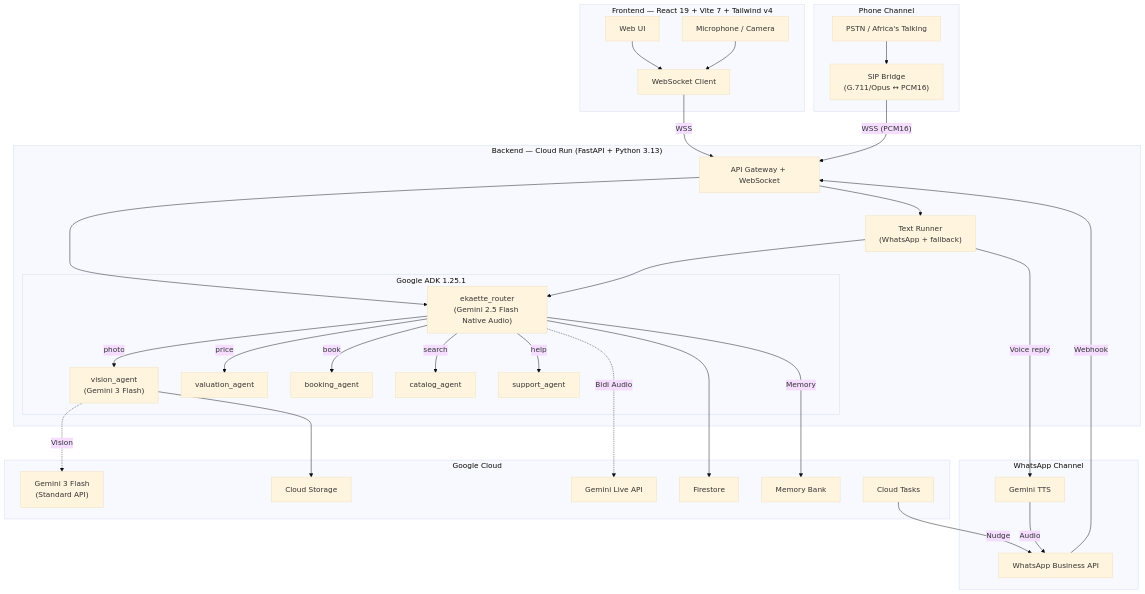
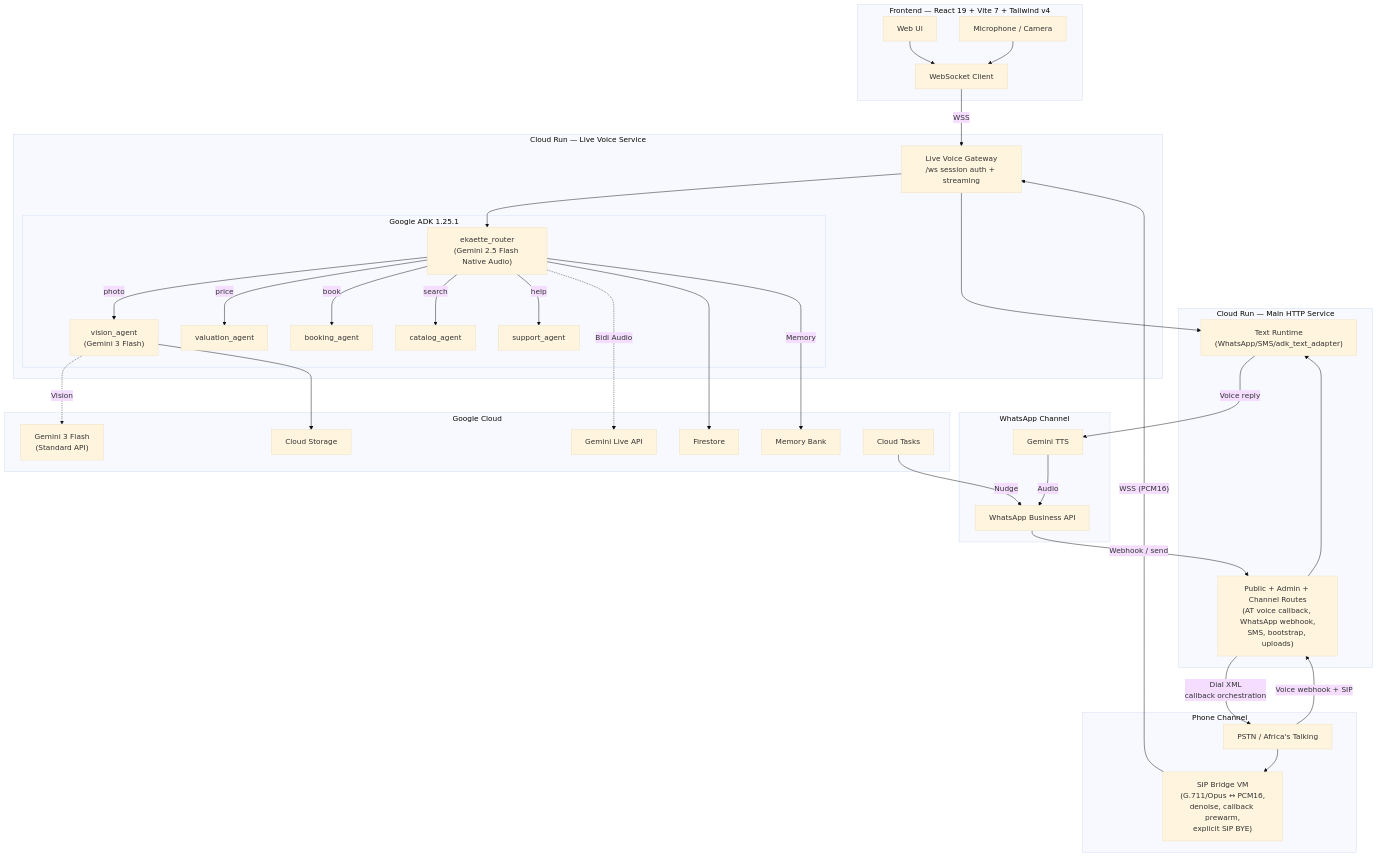
The diagram in docs/architecture/readme-architecture.mmd (ogabasseyy/ekaette), drawn with Mermaid (base theme) before and after one commit. The commit also changed 12 other files, not shown here.

Commit message:
docs(architecture): align README and local docs with voice platform

```diff
--- a/docs/architecture/readme-architecture.mmd
+++ b/docs/architecture/readme-architecture.mmd
@@ -1,61 +1,67 @@
 graph TB
     subgraph "Frontend — React 19 + Vite 7 + Tailwind v4"
         UI["Web UI"]
         WS["WebSocket Client"]
         MIC["Microphone / Camera"]
     end
 
     subgraph "WhatsApp Channel"
         WA["WhatsApp Business API"]
         TTS["Gemini TTS"]
     end
 
     subgraph "Phone Channel"
         PHONE["PSTN / Africa's Talking"]
-        SIP_B["SIP Bridge<br/>(G.711/Opus ↔ PCM16)"]
+        SIP_B["SIP Bridge VM<br/>(G.711/Opus ↔ PCM16,<br/>denoise, callback prewarm,<br/>explicit SIP BYE)"]
     end
 
-    subgraph "Backend — Cloud Run (FastAPI + Python 3.13)"
-        GW["API Gateway + WebSocket"]
+    subgraph "Cloud Run — Main HTTP Service"
+        CTRL["Public + Admin + Channel Routes<br/>(AT voice callback, WhatsApp webhook,<br/>SMS, bootstrap, uploads)"]
+        TR["Text Runtime<br/>(WhatsApp/SMS/adk_text_adapter)"]
+    end
+
+    subgraph "Cloud Run — Live Voice Service"
+        GW["Live Voice Gateway<br/>/ws session auth + streaming"]
         subgraph "Google ADK 1.25.1"
             ROOT["ekaette_router<br/>(Gemini 2.5 Flash Native Audio)"]
             VA["vision_agent<br/>(Gemini 3 Flash)"]
             VLA["valuation_agent"]
             BA["booking_agent"]
             CA["catalog_agent"]
             SA["support_agent"]
         end
-        TR["Text Runner<br/>(WhatsApp + fallback)"]
     end
 
     subgraph "Google Cloud"
         LIVE["Gemini Live API"]
         G3F["Gemini 3 Flash<br/>(Standard API)"]
         FS["Firestore"]
         CS["Cloud Storage"]
         MB["Memory Bank"]
         CT["Cloud Tasks"]
     end
 
     UI --> WS
     MIC --> WS
     WS -->|"WSS"| GW
-    WA -->|"Webhook"| GW
+    WA -->|"Webhook / send"| CTRL
+    PHONE -->|"Voice webhook + SIP"| CTRL
     PHONE --> SIP_B
+    CTRL -->|"Dial XML<br/>callback orchestration"| PHONE
     SIP_B -->|"WSS (PCM16)"| GW
     GW --> ROOT
     GW --> TR
-    TR --> ROOT
+    CTRL --> TR
     ROOT -->|"photo"| VA
     ROOT -->|"price"| VLA
     ROOT -->|"book"| BA
     ROOT -->|"search"| CA
     ROOT -->|"help"| SA
     ROOT -.->|"Bidi Audio"| LIVE
     VA -.->|"Vision"| G3F
     ROOT --> FS
     VA --> CS
     ROOT -->|"Memory"| MB
     TR -->|"Voice reply"| TTS
     TTS -->|"Audio"| WA
     CT -->|"Nudge"| WA
```
